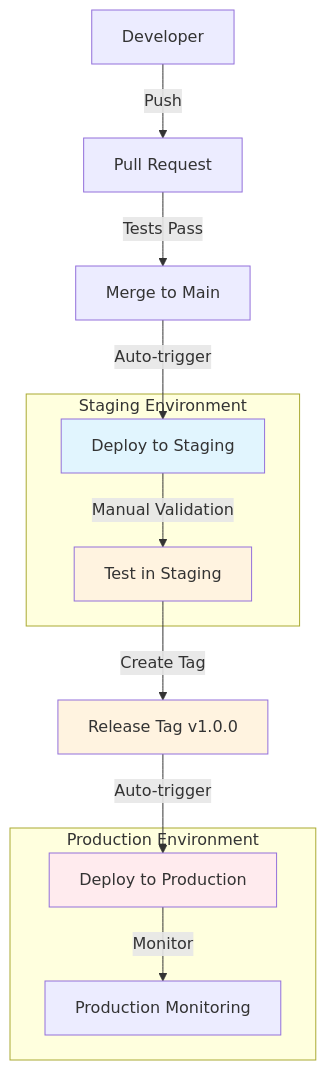
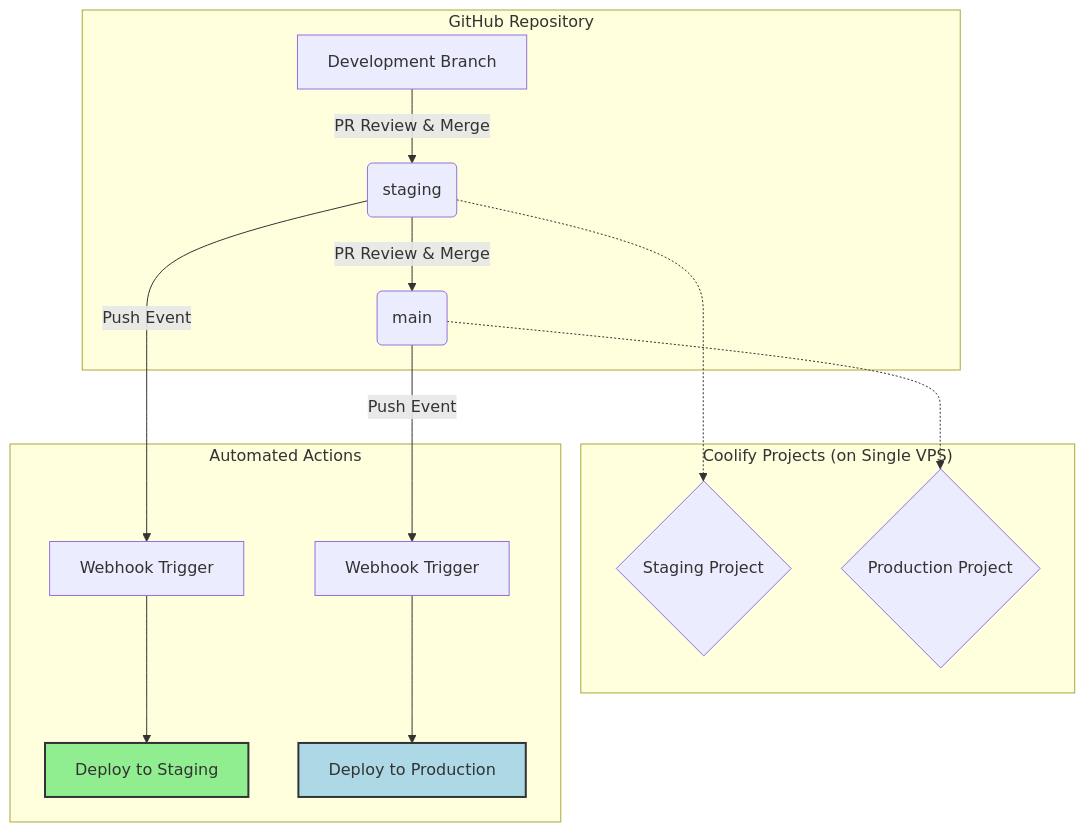
One commit to gidorah/iss-data-analytics-system changed the second of 2 diagrams in docs/system-solution/devops-architecture.md. Above: the diagram before and after it, drawn with Mermaid. The commit also changed other lines of this file and 2 other files, not shown here.

First line of the commit message:
feat(cicd): Transition to branch-based deployment workflow

````diff
--- a/docs/system-solution/devops-architecture.md
+++ b/docs/system-solution/devops-architecture.md
@@ -108,25 +108,25 @@
 ```mermaid
-flowchart TD
-    DEV[Developer] -->|Push| PR[Pull Request]
-    PR -->|Tests Pass| MERGE[Merge to Main]
-    MERGE -->|Auto-trigger| STAGING[Deploy to Staging]
-    STAGING -->|Manual Validation| VALIDATE[Test in Staging]
-    VALIDATE -->|Create Tag| RELEASE[Release Tag v1.0.0]
-    RELEASE -->|Auto-trigger| PROD[Deploy to Production]
-    PROD -->|Monitor| MONITOR[Production Monitoring]
-
-    subgraph "Staging Environment"
-        STAGING
-        VALIDATE
+graph TD
+    subgraph "GitHub Repository"
+        A[Development Branch] -->|PR Review & Merge| B(staging);
+        B -->|PR Review & Merge| C(main);
     end
 
-    subgraph "Production Environment"
-        PROD
-        MONITOR
+    subgraph "Coolify Projects (on Single VPS)"
+        D{Staging Project}
+        E{Production Project}
     end
 
-    style STAGING fill:#e1f5fe
-    style VALIDATE fill:#fff3e0
-    style RELEASE fill:#fff3e0
-    style PROD fill:#ffebee
+    subgraph "Automated Actions"
+        B --Push Event--> F[Webhook Trigger];
+        C --Push Event--> G[Webhook Trigger];
+        F --> H[Deploy to Staging];
+        G --> I[Deploy to Production];
+    end
+
+    style H fill:#90EE90,stroke:#333,stroke-width:2px
+    style I fill:#ADD8E6,stroke:#333,stroke-width:2px
+
+    B -.-> D;
+    C -.-> E;
 ```
````
